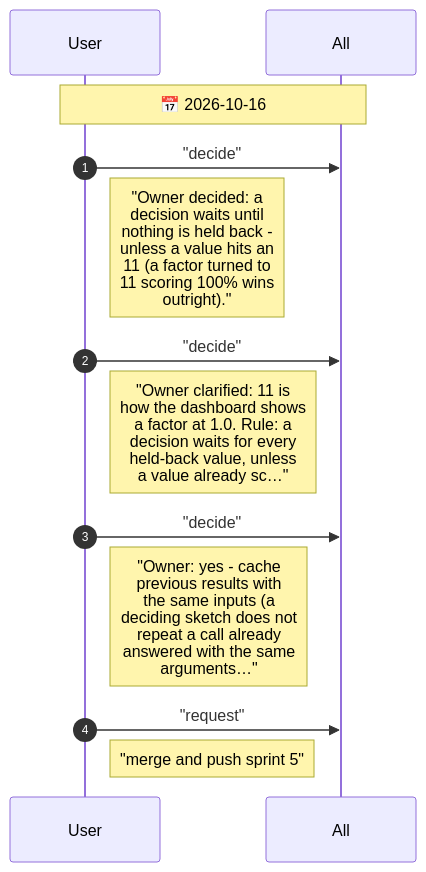
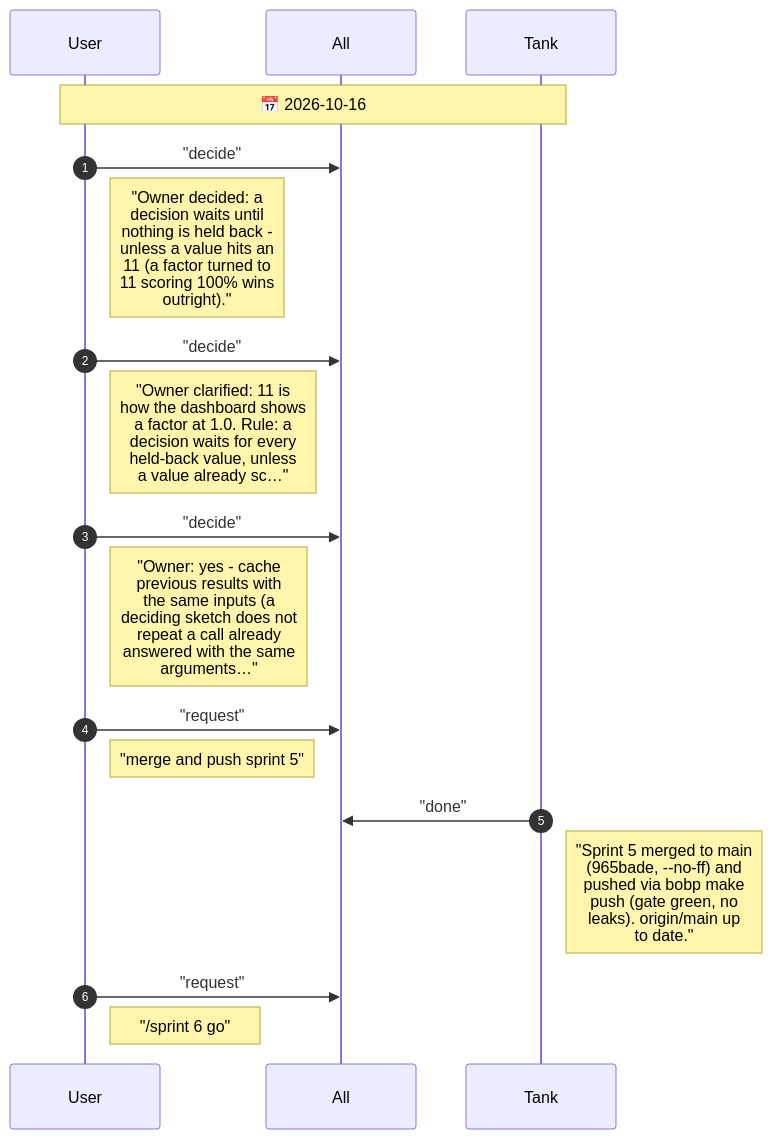
Before and after one commit to drusifer/understudy: the diagram in agents/CHAT.diagram.md, drawn with Mermaid. The commit also changed 1 other file, not shown here.

Commit message:
Team chat: sprint 6 start
Claude-Session: https://claude.ai/code/session_013PBMFY3UEwwBb7g53zVEp6

````diff
--- a/agents/CHAT.diagram.md
+++ b/agents/CHAT.diagram.md
@@ -5,16 +5,21 @@
 ```mermaid
 %%{init: {"sequence": {"messageFontSize": 14, "noteFontSize": 18, "actorFontSize": 14}}}%%
 sequenceDiagram
     autonumber
     participant User
     participant All
-    Note over User,All: 📅 2026-10-16
+    participant Tank
+    Note over User,Tank: 📅 2026-10-16
     User->>All: "decide"
     Note right of User: "Owner decided: a<br/>decision waits until<br/>nothing is held back -<br/>unless a value hits an<br/>11 (a factor turned to<br/>11 scoring 100% wins<br/>outright)."
     User->>All: "decide"
     Note right of User: "Owner clarified: 11 is<br/>how the dashboard shows<br/>a factor at 1.0. Rule: a<br/>decision waits for every<br/>held-back value, unless<br/>a value already sc…"
     User->>All: "decide"
     Note right of User: "Owner: yes - cache<br/>previous results with<br/>the same inputs (a<br/>deciding sketch does not<br/>repeat a call already<br/>answered with the same<br/>arguments…"
     User->>All: "request"
     Note right of User: "merge and push sprint 5"
+    Tank->>All: "done"
+    Note right of Tank: "Sprint 5 merged to main<br/>(965bade, --no-ff) and<br/>pushed via bobp make<br/>push (gate green, no<br/>leaks). origin/main up<br/>to date."
+    User->>All: "request"
+    Note right of User: "/sprint 6 go"
 ```
````
